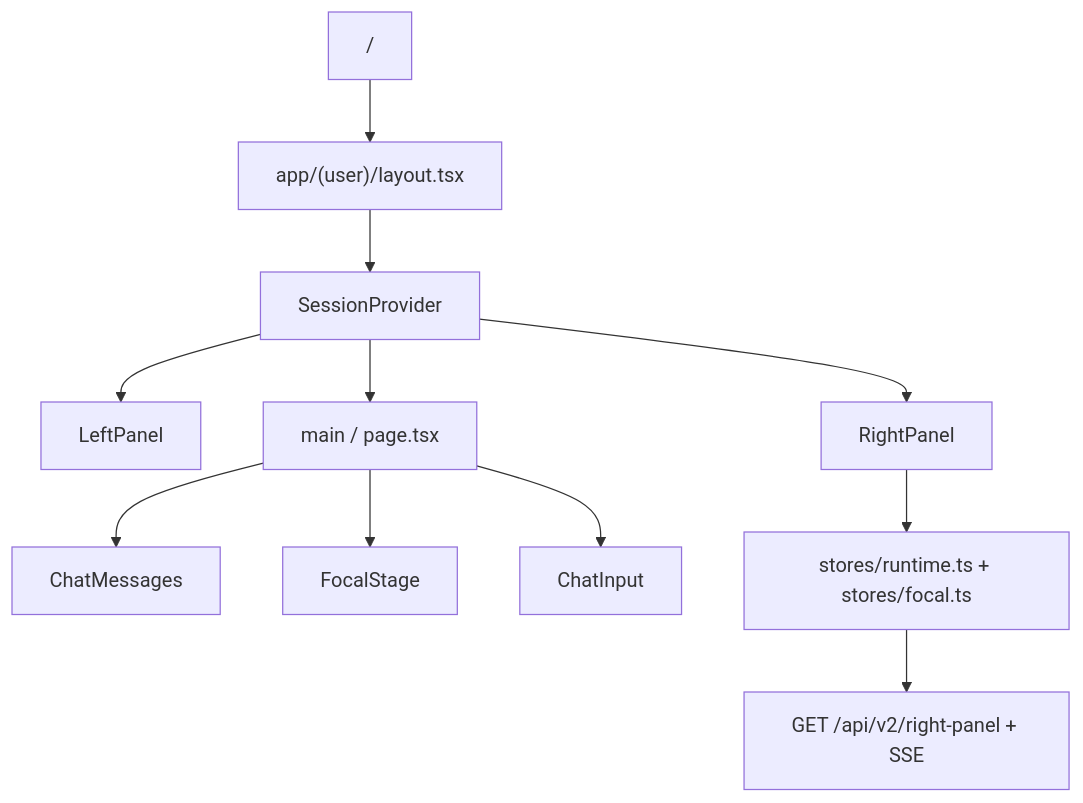
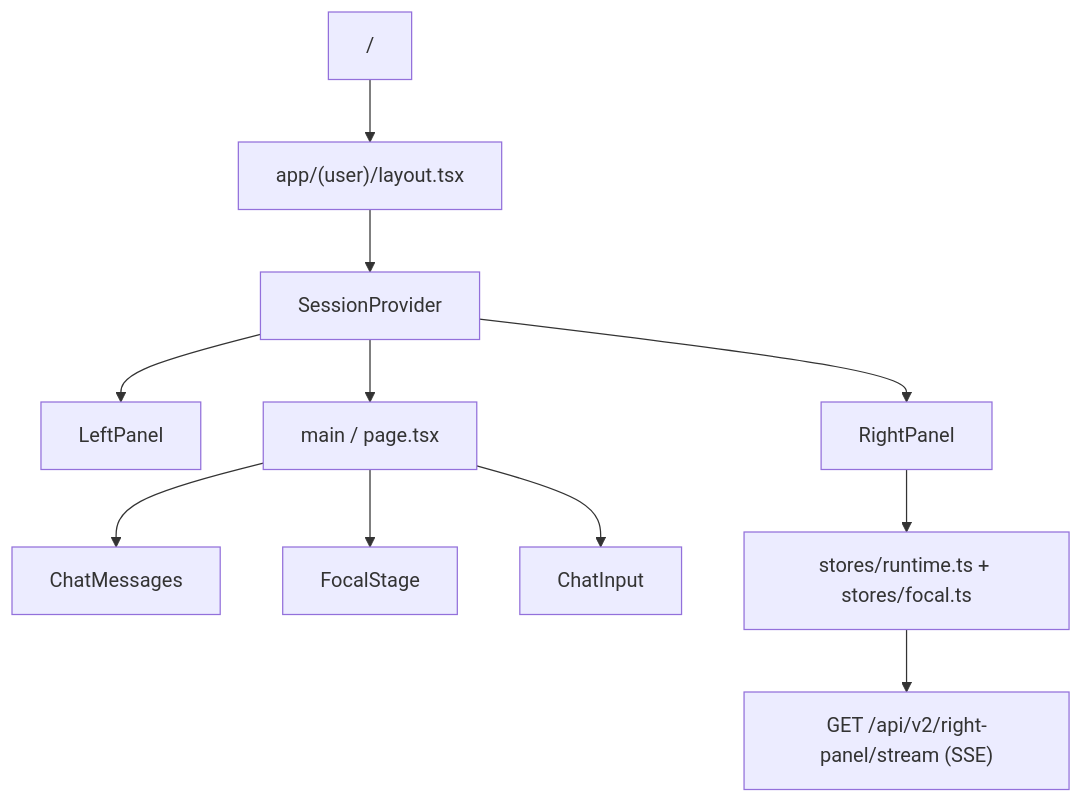
Before and after one commit to adrien-debug/hearst-agents: the diagram in README.md, drawn with Mermaid. The commit also changed other lines of this file and 3 other files, not shown here.

First line of the commit message:
fix: resolve SSE effect setState lint error in RightPanelContent

````diff
--- a/README.md
+++ b/README.md
@@ -160,13 +160,13 @@
 ```mermaid
 flowchart TD
   A["/"] --> B["app/(user)/layout.tsx"]
   B --> C["SessionProvider"]
   C --> D["LeftPanel"]
   C --> E["main / page.tsx"]
   C --> F["RightPanel"]
   E --> G["ChatMessages"]
   E --> H["FocalStage"]
   E --> I["ChatInput"]
   F --> J["stores/runtime.ts + stores/focal.ts"]
-  J --> K["GET /api/v2/right-panel + SSE"]
+  J --> K["GET /api/v2/right-panel/stream (SSE)"]
 ```
````
